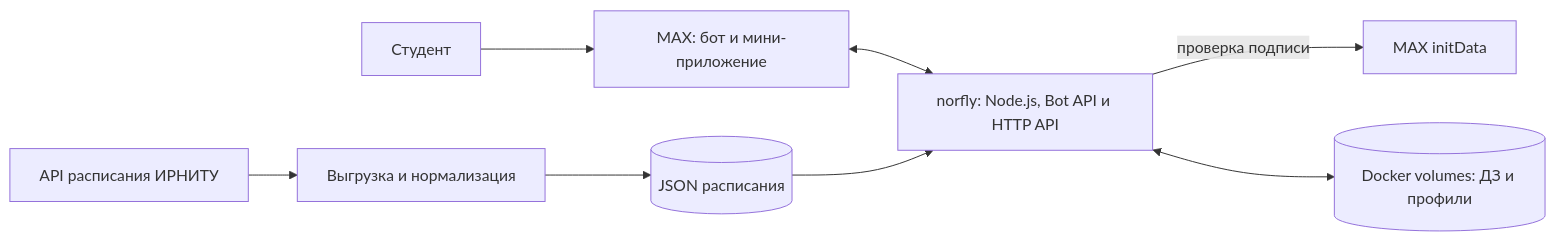
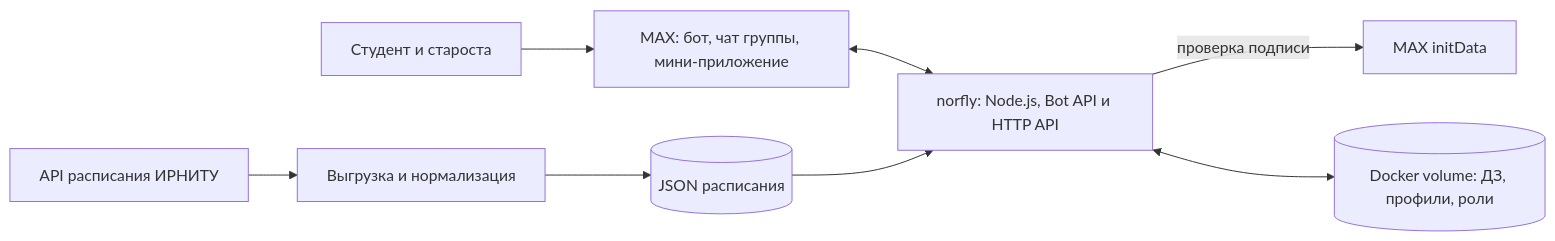
One commit to nemo-MV33/hackathon-maxik changed the diagram in README.md. Above: the diagram before and after it, drawn with Mermaid. The commit also changed other lines of this file and 6 other files, not shown here.

````diff
--- a/README.md
+++ b/README.md
@@ -110,10 +145,10 @@
 ```mermaid
 flowchart LR
-    U[Студент] --> M[MAX: бот и мини-приложение]
+    U[Студент и староста] --> M[MAX: бот, чат группы, мини-приложение]
     M <--> S[norfly: Node.js, Bot API и HTTP API]
     S -->|проверка подписи| A[MAX initData]
-    S <--> D[(Docker volumes: ДЗ и профили)]
+    S <--> D[(Docker volume: ДЗ, профили, роли)]
     I[API расписания ИРНИТУ] --> E[Выгрузка и нормализация]
     E --> J[(JSON расписания)]
     J --> S
 ```
````
